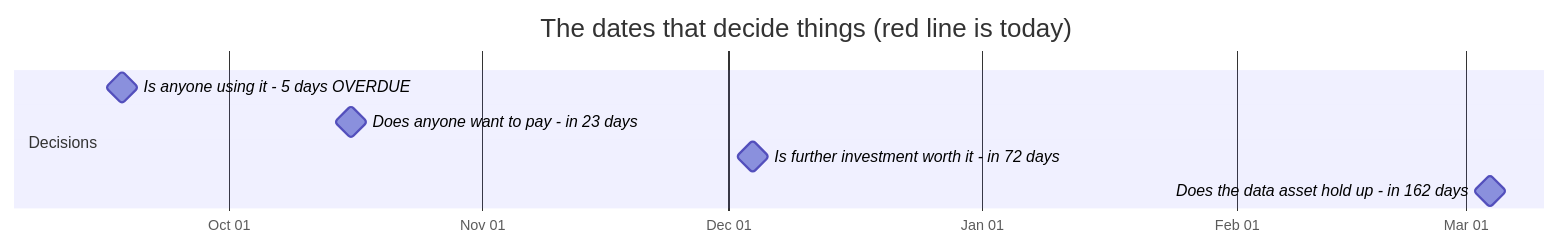
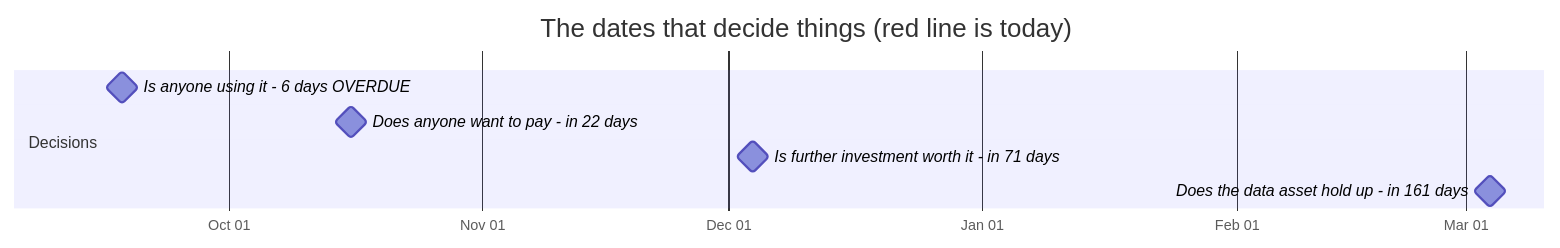
One commit to jakegu1/vetagent changed the first of 2 diagrams in docs/OWNER.md. Above: the diagram before and after it, drawn with Mermaid. The commit also changed other lines of this file and 1 other file, not shown here.

````diff
--- a/docs/OWNER.md
+++ b/docs/OWNER.md
@@ -75,12 +75,12 @@
 ```mermaid
 gantt
     dateFormat YYYY-MM-DD
     axisFormat %b %d
     todayMarker stroke-width:3px,stroke:#d33,stroke-dasharray:0
     title The dates that decide things (red line is today)
     section Decisions
-    Is anyone using it - 5 days OVERDUE :milestone, 2026-09-18, 0d
-    Does anyone want to pay - in 23 days :milestone, 2026-10-16, 0d
-    Is further investment worth it - in 72 days :milestone, 2026-12-04, 0d
-    Does the data asset hold up - in 162 days :milestone, 2027-03-04, 0d
+    Is anyone using it - 6 days OVERDUE :milestone, 2026-09-18, 0d
+    Does anyone want to pay - in 22 days :milestone, 2026-10-16, 0d
+    Is further investment worth it - in 71 days :milestone, 2026-12-04, 0d
+    Does the data asset hold up - in 161 days :milestone, 2027-03-04, 0d
 ```
````
